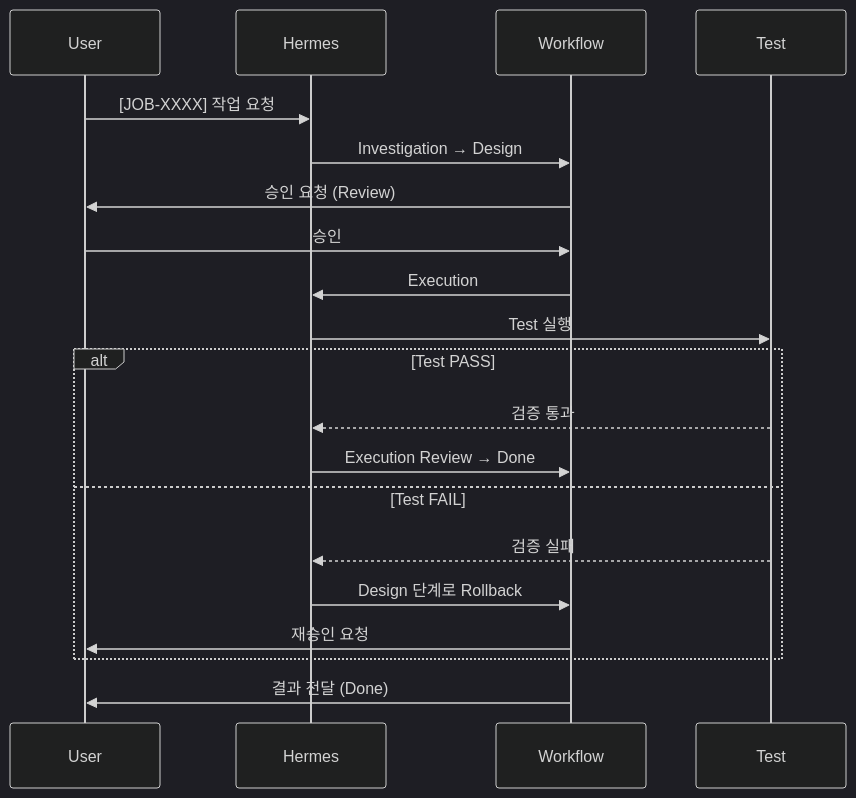
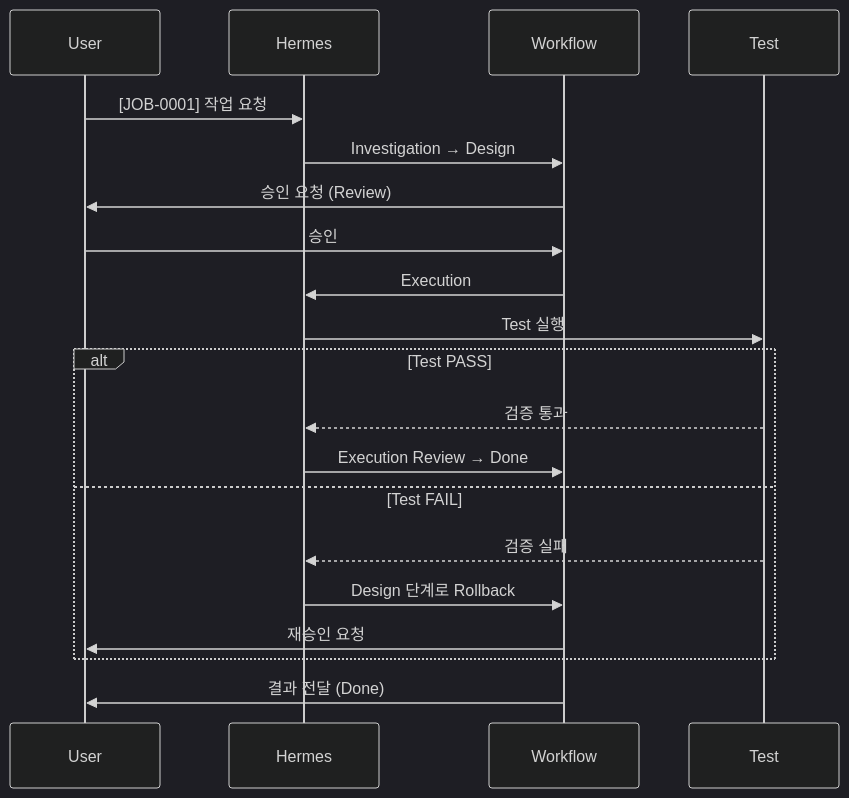
One commit to pheanor-agent/p-hermes changed the diagram in docs/wiki/faq.md. Above: the diagram before and after it, drawn with Mermaid (dark theme). The commit also changed other lines of this file and 22 other files, not shown here.

````diff
--- a/docs/wiki/faq.md
+++ b/docs/wiki/faq.md
@@ -34,22 +34,22 @@
 ```mermaid
 sequenceDiagram
     participant U as User
     participant H as Hermes
     participant W as Workflow
     participant T as Test
-    U->>H: [JOB-XXXX] 작업 요청
+    U->>H: [JOB-0001] 작업 요청
     H->>W: Investigation → Design
     W->>U: 승인 요청 (Review)
     U->>W: 승인
     W->>H: Execution
     H->>T: Test 실행
     alt Test PASS
         T-->>H: 검증 통과
         H->>W: Execution Review → Done
     else Test FAIL
         T-->>H: 검증 실패
         H->>W: Design 단계로 Rollback
         W->>U: 재승인 요청
     end
     W->>U: 결과 전달 (Done)
 ```
````
